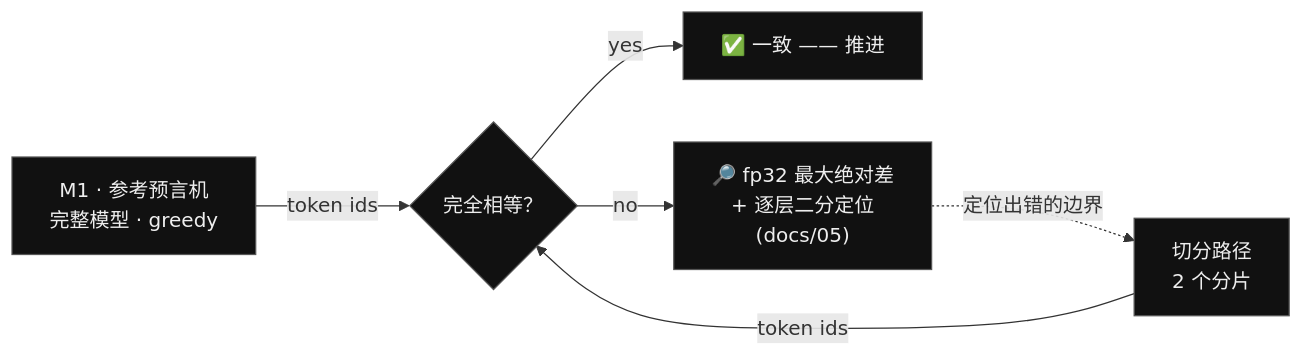
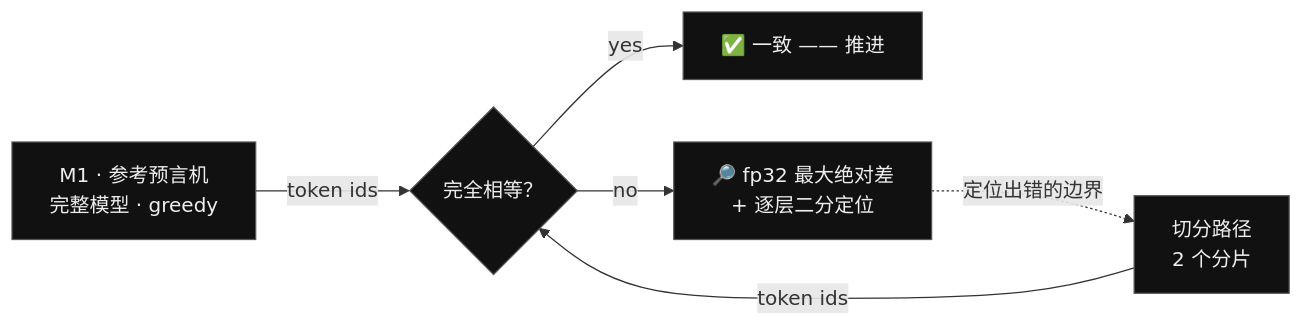
Before and after one commit to TaewoooPark/DRIFT: the fourth of 4 diagrams in README.zh.md, drawn with Mermaid. The commit also changed other lines of this file and 5 other files, not shown here.

````diff
--- a/README.zh.md
+++ b/README.zh.md
@@ -251,10 +251,10 @@
 ```mermaid
 flowchart LR
     M1["M1 · 参考预言机<br/>完整模型 · greedy"] -->|token ids| GATE{"完全相等？"}
     SPLIT["切分路径<br/>2 个分片"] -->|token ids| GATE
     GATE -->|yes| PASS["✅ 一致 —— 推进"]
-    GATE -->|no| BISECT["🔎 fp32 最大绝对差<br/>+ 逐层二分定位<br/>(docs/05)"]
+    GATE -->|no| BISECT["🔎 fp32 最大绝对差<br/>+ 逐层二分定位"]
     BISECT -.->|定位出错的边界| SPLIT
     classDef n fill:#111,stroke:#555,color:#eee;
     class M1,SPLIT,GATE,PASS,BISECT n;
 ```
````
